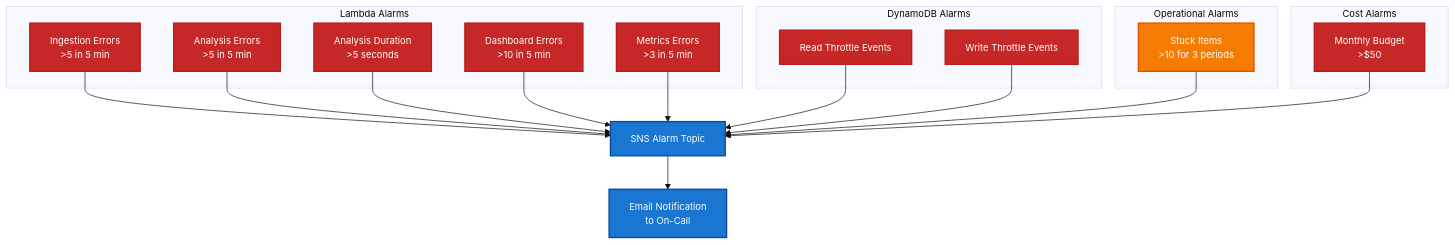
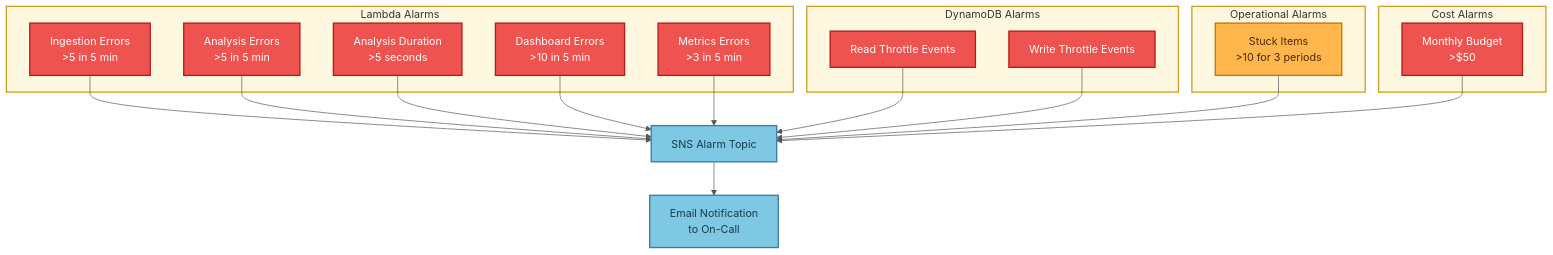
One commit to traylorre/sentiment-analyzer-gsk changed the tenth of 10 diagrams in docs/OPERATIONAL_FLOWS.md. Above: the diagram before and after it, drawn with Mermaid. The commit also changed other lines of this file and 3 other files, not shown here.

First line of the commit message:
docs: Update mermaid diagrams with better contrast colors

````diff
--- a/docs/OPERATIONAL_FLOWS.md
+++ b/docs/OPERATIONAL_FLOWS.md
@@ -554,44 +554,46 @@
 ```mermaid
-%%{init: {'theme':'base', 'themeVariables': {'fontSize':'14px'}}}%%
+%%{init: {'theme':'base', 'themeVariables': {'primaryColor':'#fff8e1', 'primaryTextColor':'#333', 'primaryBorderColor':'#c9a227', 'lineColor':'#555'}}}%%
 graph TD
-    subgraph "Lambda Alarms"
+    subgraph LambdaAlarms["Lambda Alarms"]
         IngestionErrors[Ingestion Errors<br/>>5 in 5 min]
         AnalysisErrors[Analysis Errors<br/>>5 in 5 min]
         AnalysisDuration[Analysis Duration<br/>>5 seconds]
         DashboardErrors[Dashboard Errors<br/>>10 in 5 min]
         MetricsErrors[Metrics Errors<br/>>3 in 5 min]
     end
 
-    subgraph "DynamoDB Alarms"
+    subgraph DDBAlarms["DynamoDB Alarms"]
         ReadThrottle[Read Throttle Events]
         WriteThrottle[Write Throttle Events]
     end
 
-    subgraph "Operational Alarms"
+    subgraph OpsAlarms["Operational Alarms"]
         StuckItems[Stuck Items<br/>>10 for 3 periods]
     end
 
-    subgraph "Cost Alarms"
+    subgraph CostAlarms["Cost Alarms"]
         BudgetAlert[Monthly Budget<br/>>$50]
     end
 
     IngestionErrors --> SNSTopic[SNS Alarm Topic]
     AnalysisErrors --> SNSTopic
     AnalysisDuration --> SNSTopic
     DashboardErrors --> SNSTopic
     MetricsErrors --> SNSTopic
     ReadThrottle --> SNSTopic
     WriteThrottle --> SNSTopic
     StuckItems --> SNSTopic
     BudgetAlert --> SNSTopic
 
     SNSTopic --> Email[Email Notification<br/>to On-Call]
 
-    classDef alarm fill:#c62828,stroke:#b71c1c,stroke-width:2px,color:#fff
-    classDef notification fill:#1976d2,stroke:#0d47a1,stroke-width:2px,color:#fff
-    classDef operational fill:#f57c00,stroke:#e65100,stroke-width:2px,color:#fff
+    classDef stageBox fill:#fff8e1,stroke:#c9a227,stroke-width:2px,color:#333
+    classDef alarmNode fill:#ef5350,stroke:#b71c1c,stroke-width:2px,color:#fff
+    classDef notificationNode fill:#7ec8e3,stroke:#3a7ca5,stroke-width:2px,color:#1a3a4a
+    classDef operationalNode fill:#ffb74d,stroke:#c77800,stroke-width:2px,color:#4a2800
 
-    class IngestionErrors,AnalysisErrors,AnalysisDuration,DashboardErrors,MetricsErrors,ReadThrottle,WriteThrottle,BudgetAlert alarm
-    class StuckItems operational
-    class SNSTopic,Email notification
+    class LambdaAlarms,DDBAlarms,OpsAlarms,CostAlarms stageBox
+    class IngestionErrors,AnalysisErrors,AnalysisDuration,DashboardErrors,MetricsErrors,ReadThrottle,WriteThrottle,BudgetAlert alarmNode
+    class StuckItems operationalNode
+    class SNSTopic,Email notificationNode
 ```
````
